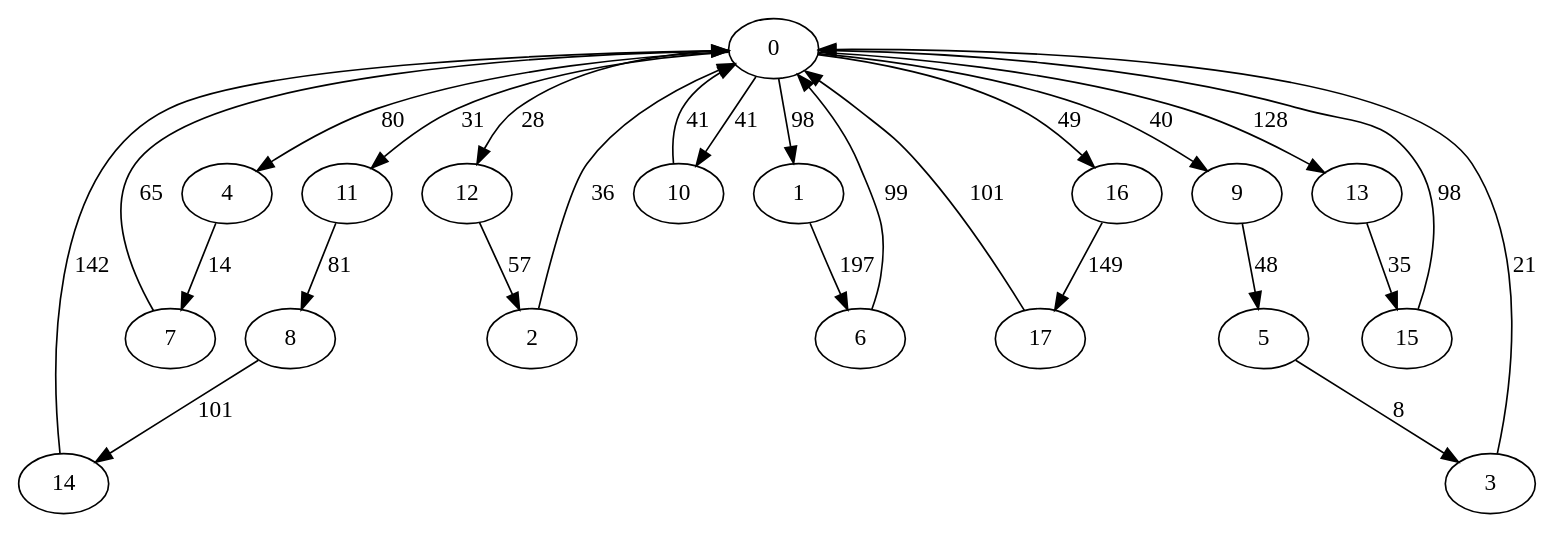
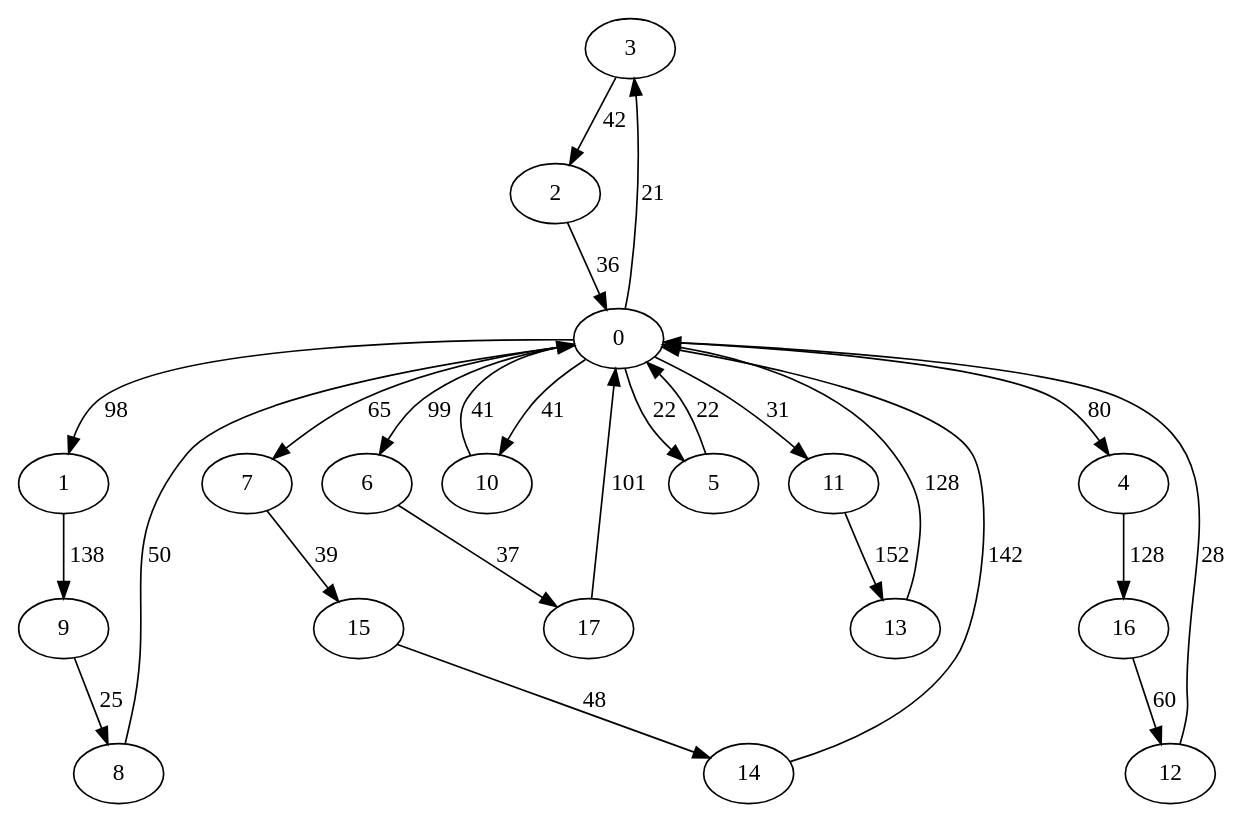
One commit to akosej/vehicle_routing changed the diagram in grafos/iteration8.dot. Above: the diagram before and after it, drawn with Graphviz. The commit also changed 9 other files, not shown here.

```diff
--- a/grafos/iteration8.dot
+++ b/grafos/iteration8.dot
@@ -1,46 +1,46 @@
 digraph G {
+	3->2[ label=42 ];
+	2->0[ label=36 ];
+	1->9[ label=138 ];
+	12->0[ label=28 ];
+	13->0[ label=128 ];
+	6->17[ label=37 ];
+	7->15[ label=39 ];
+	14->0[ label=142 ];
+	8->0[ label=50 ];
+	11->13[ label=152 ];
+	10->0[ label=41 ];
+	17->0[ label=101 ];
+	4->16[ label=128 ];
+	0->6[ label=99 ];
+	0->3[ label=21 ];
+	0->10[ label=41 ];
+	0->1[ label=98 ];
 	0->4[ label=80 ];
 	0->11[ label=31 ];
-	0->16[ label=49 ];
-	0->1[ label=98 ];
-	0->12[ label=28 ];
-	0->9[ label=40 ];
-	0->10[ label=41 ];
-	0->13[ label=128 ];
-	12->2[ label=57 ];
-	2->0[ label=36 ];
-	11->8[ label=81 ];
-	8->14[ label=101 ];
-	9->5[ label=48 ];
-	7->0[ label=65 ];
-	15->0[ label=98 ];
-	1->6[ label=197 ];
-	6->0[ label=99 ];
-	14->0[ label=142 ];
-	16->17[ label=149 ];
-	17->0[ label=101 ];
-	10->0[ label=41 ];
-	4->7[ label=14 ];
-	5->3[ label=8 ];
-	3->0[ label=21 ];
-	13->15[ label=35 ];
+	0->5[ label=22 ];
+	0->7[ label=65 ];
+	15->14[ label=48 ];
+	9->8[ label=25 ];
+	16->12[ label=60 ];
+	5->0[ label=22 ];
 	0 [ label=0 ];
 	1 [ label=1 ];
 	10 [ label=10 ];
 	11 [ label=11 ];
 	12 [ label=12 ];
 	13 [ label=13 ];
 	14 [ label=14 ];
 	15 [ label=15 ];
 	16 [ label=16 ];
 	17 [ label=17 ];
 	2 [ label=2 ];
 	3 [ label=3 ];
 	4 [ label=4 ];
 	5 [ label=5 ];
 	6 [ label=6 ];
 	7 [ label=7 ];
 	8 [ label=8 ];
 	9 [ label=9 ];
 
 }
```
